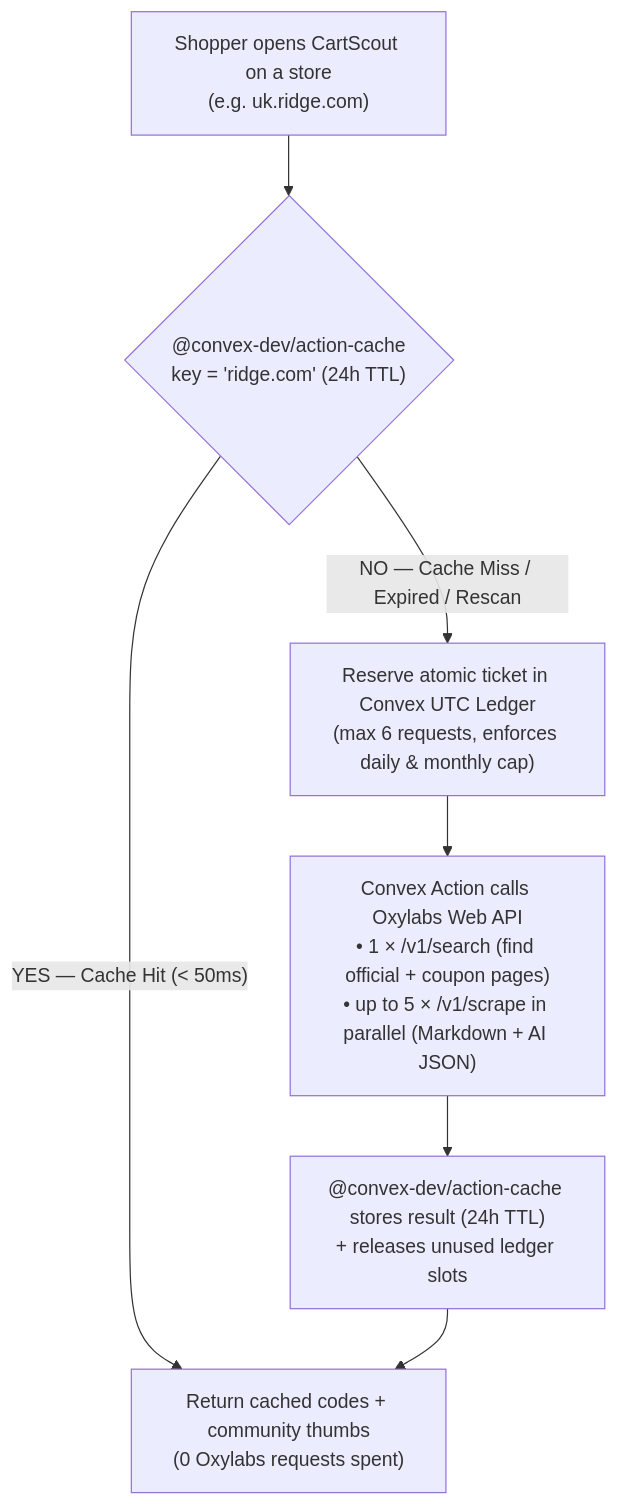
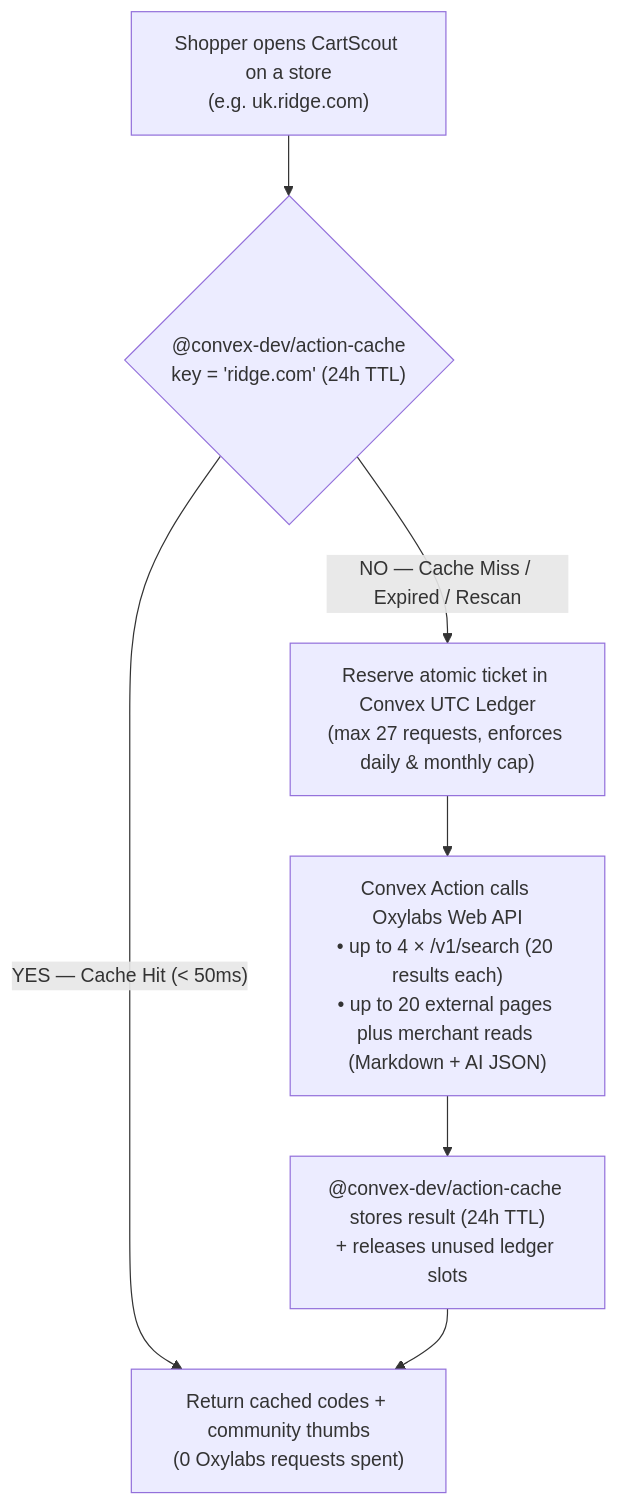
One commit to sonnysangha/cartscout changed the third of 3 diagrams in README.md. Above: the diagram before and after it, drawn with Mermaid. The commit also changed other lines of this file and 43 other files, not shown here.

````diff
--- a/README.md
+++ b/README.md
@@ -98,12 +98,12 @@
 ```mermaid
 flowchart TD
   Open["Shopper opens CartScout on a store\n(e.g. uk.ridge.com)"]
   Open --> CheckCache{"@convex-dev/action-cache\nkey = 'ridge.com' (24h TTL)"}
 
   CheckCache -->|"YES — Cache Hit (< 50ms)"| Fast["Return cached codes + community thumbs\n(0 Oxylabs requests spent)"]
 
-  CheckCache -->|"NO — Cache Miss / Expired / Rescan"| Reserve["Reserve atomic ticket in Convex UTC Ledger\n(max 6 requests, enforces daily & monthly cap)"]
-  Reserve --> RunOxy["Convex Action calls Oxylabs Web API\n• 1 × /v1/search (find official + coupon pages)\n• up to 5 × /v1/scrape in parallel (Markdown + AI JSON)"]
+  CheckCache -->|"NO — Cache Miss / Expired / Rescan"| Reserve["Reserve atomic ticket in Convex UTC Ledger\n(max 27 requests, enforces daily & monthly cap)"]
+  Reserve --> RunOxy["Convex Action calls Oxylabs Web API\n• up to 4 × /v1/search (20 results each)\n• up to 20 external pages plus merchant reads (Markdown + AI JSON)"]
   RunOxy --> Save["@convex-dev/action-cache stores result (24h TTL)\n+ releases unused ledger slots"]
   Save --> Fast
 ```
````
